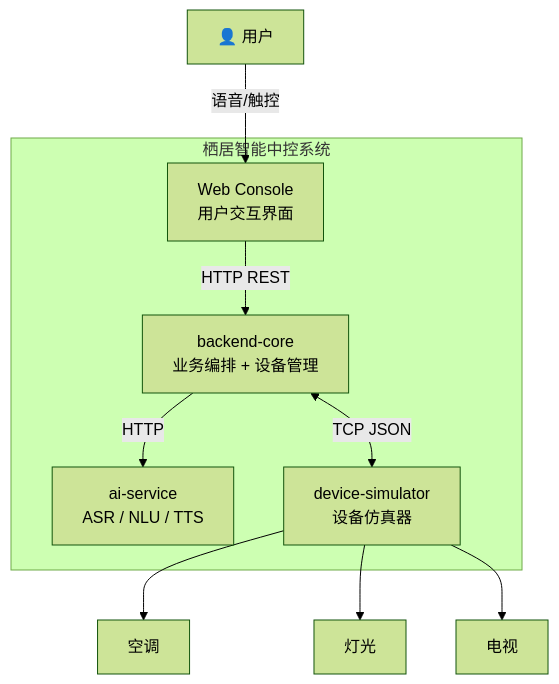
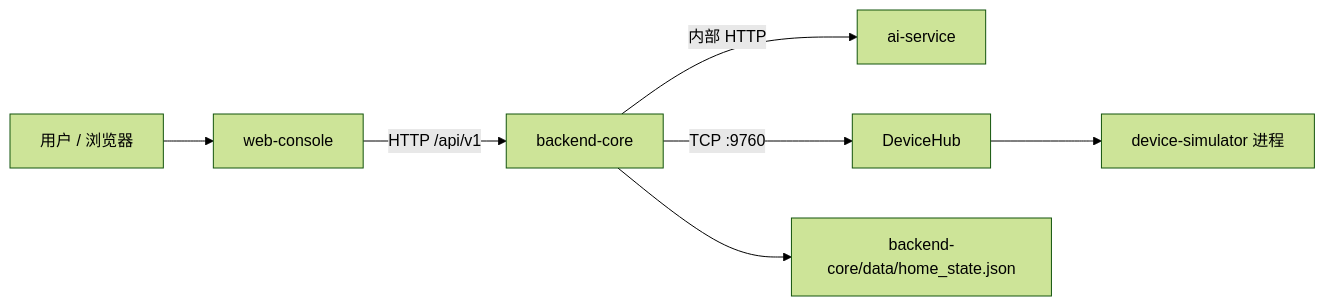
The diagram in requirements_analysis.md (DarksideWanderer/Software-Project), drawn with Mermaid (forest theme) before and after one commit. The commit also changed other lines of this file and 1 other file, not shown here.

````diff
--- a/requirements_analysis.md
+++ b/requirements_analysis.md
@@ -75,17 +40,9 @@
 ```mermaid
-graph TB
-    subgraph SystemBoundary["栖居智能中控系统"]
-        WebConsole["Web Console<br/>用户交互界面"]
-        Backend["backend-core<br/>业务编排 + 设备管理"]
-        AI["ai-service<br/>ASR / NLU / TTS"]
-        Sim["device-simulator<br/>设备仿真器"]
-    end
-
-    User["👤 用户"] -->|"语音/触控"| WebConsole
-    WebConsole -->|"HTTP REST"| Backend
-    Backend -->|"HTTP"| AI
-    Backend <-->|"TCP JSON"| Sim
-    Sim --> AirConditioner["空调"]
-    Sim --> Light["灯光"]
-    Sim --> TV["电视"]
+flowchart LR
+    User["用户 / 浏览器"] --> Web["web-console"]
+    Web -->|"HTTP /api/v1"| Backend["backend-core"]
+    Backend -->|"内部 HTTP"| AI["ai-service"]
+    Backend -->|"TCP :9760"| Hub["DeviceHub"]
+    Hub --> Sim["device-simulator 进程"]
+    Backend --> State["backend-core/data/home_state.json"]
 ```
````
